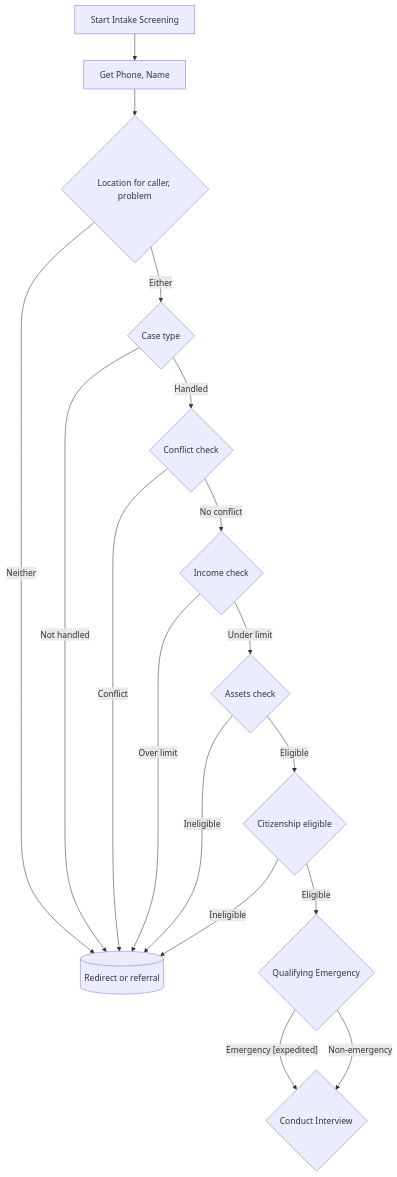
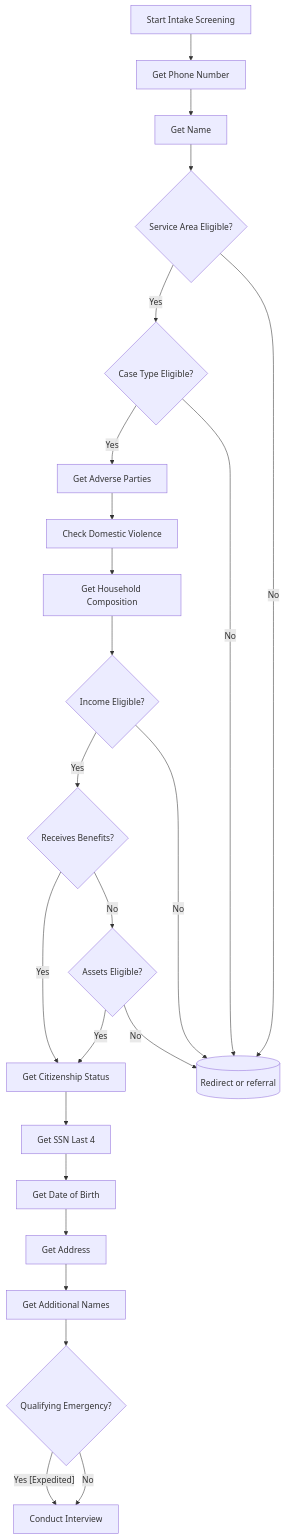
The diagram in README.md (LemmaLegalConsulting/VLAS-Intake), drawn with Mermaid before and after one commit.

Commit message:
chore: updated mermaid chart to show current node flow

````diff
--- a/README.md
+++ b/README.md
@@ -7,33 +7,46 @@
 ```mermaid
 flowchart TD
     start[Start Intake Screening]
-    get_phone_name[Get Phone, Name]
-    location{Location for caller, problem}
+    get_phone[Get Phone Number]
+    get_name[Get Name]
+    location{Service Area Eligible?}
     exit[(Redirect or referral)]
-    case_type{Case type}
-    check_conflict{Conflict check}
-    check_income{Income check}
-    check_assets{Assets check}
-    check_citizenship{Citizenship eligible}
-    check_emergency{Qualifying Emergency}
-    conduct_interview{Conduct Interview}
+    case_type{Case Type Eligible?}
+    adverse_parties[Get Adverse Parties]
+    domestic_violence[Check Domestic Violence]
+    household[Get Household Composition]
+    check_income{Income Eligible?}
+    check_benefits{Receives Benefits?}
+    check_assets{Assets Eligible?}
+    get_citizenship[Get Citizenship Status]
+    get_ssn[Get SSN Last 4]
+    get_dob[Get Date of Birth]
+    get_address[Get Address]
+    get_addl_names[Get Additional Names]
+    check_emergency{Qualifying Emergency?}
+    conduct_interview[Conduct Interview]
 
-
-    start --> get_phone_name
-    get_phone_name --> location
-    location -- Neither --> exit
-    location -- Either --> case_type
-    case_type -- Handled --> check_conflict
-    case_type -- Not handled --> exit
-    check_conflict -- Conflict --> exit
-    check_conflict -- No conflict --> check_income
-    check_income -- Under limit --> check_assets
-    check_income -- Over limit --> exit
-    check_assets -- Eligible --> check_citizenship
-    check_assets -- Ineligible --> exit
-    check_citizenship -- Eligible --> check_emergency
-    check_citizenship -- Ineligible --> exit
-    check_emergency -- Emergency [expedited] --> conduct_interview
-    check_emergency -- Non-emergency --> conduct_interview
-
+    start --> get_phone
+    get_phone --> get_name
+    get_name --> location
+    location -- Yes --> case_type
+    location -- No --> exit
+    case_type -- Yes --> adverse_parties
+    case_type -- No --> exit
+    adverse_parties --> domestic_violence
+    domestic_violence --> household
+    household --> check_income
+    check_income -- Yes --> check_benefits
+    check_income -- No --> exit
+    check_benefits -- Yes --> get_citizenship
+    check_benefits -- No --> check_assets
+    check_assets -- Yes --> get_citizenship
+    check_assets -- No --> exit
+    get_citizenship --> get_ssn
+    get_ssn --> get_dob
+    get_dob --> get_address
+    get_address --> get_addl_names
+    get_addl_names --> check_emergency
+    check_emergency -- Yes [Expedited] --> conduct_interview
+    check_emergency -- No --> conduct_interview
 ```
````
